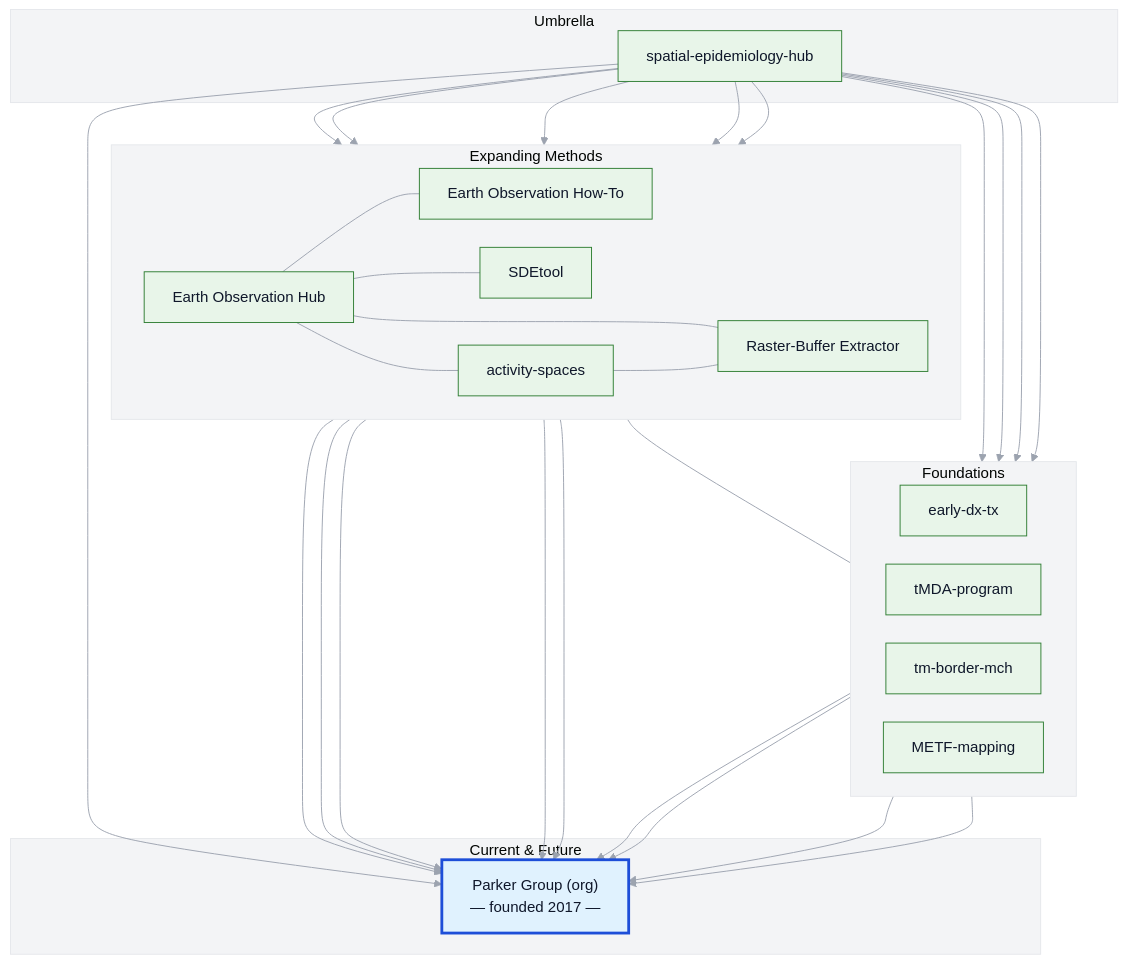
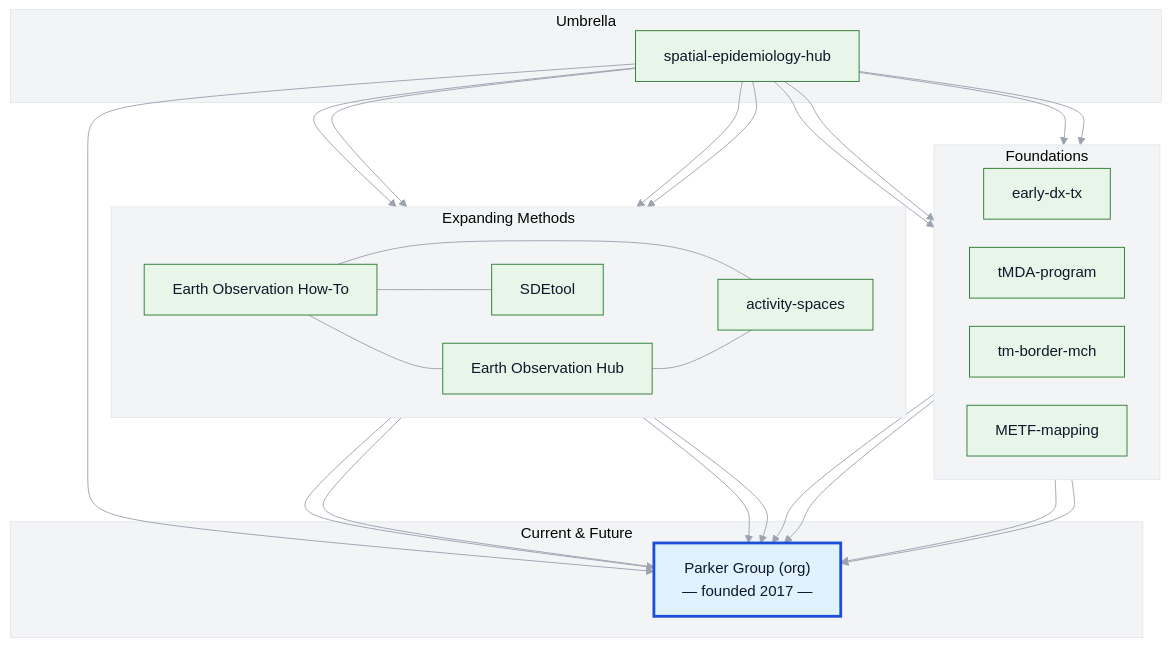
The diagram in README.md (DMParker1/spatial-epidemiology-hub), drawn with Mermaid before and after one commit. The commit also changed other lines of this file, not shown here.

````diff
--- a/README.md
+++ b/README.md
@@ -47,76 +46,70 @@
 ```mermaid
 %%{init: {"theme":"base","themeVariables": {
   "background":"#FAFAFA","clusterBkg":"#F3F4F6","clusterBorder":"#E5E7EB",
   "primaryColor":"#E8F5E9","primaryBorderColor":"#2E7D32",
   "primaryTextColor":"#0F172A","lineColor":"#9CA3AF"
 }, "flowchart":{"rankSpacing":45,"nodeSpacing":30}}}%%
 flowchart TB
   subgraph A[Foundations]
     direction LR
     EDT["early-dx-tx"]
     tMDA["tMDA-program"]
     MCH["tm-border-mch"]
     METF["METF-mapping"]
   end
   subgraph B[Expanding Methods]
     direction LR
+    HOWTO["Earth Observation How-To"]
     EO["Earth Observation Hub"]
-    HOWTO["Earth Observation How-To"]
     SDE["SDEtool"]
     AS["activity-spaces"]
-    RBE["Raster-Buffer Extractor"]
   end
   subgraph C[Umbrella]
     GIS["spatial-epidemiology-hub"]
   end
   subgraph D[Current & Future]
     PG["Parker Group (org)\n— founded 2017 —"]:::pg
   end
 
   %% Umbrella links
   GIS --> EDT
   GIS --> tMDA
   GIS --> MCH
   GIS --> METF
+  GIS --> HOWTO
   GIS --> EO
-  GIS --> HOWTO
   GIS --> SDE
   GIS --> AS
-  GIS --> RBE
   GIS --> PG
 
   %% Method interplay
-  EO --- HOWTO
-  EO --- SDE
+  HOWTO --- EO
+  HOWTO --- SDE
+  HOWTO --- AS
   EO --- AS
-  EO --- RBE
-  AS --- RBE
-  AS --- tMDA
 
   %% Convergence to Parker Group
+  HOWTO --> PG
   EO --> PG
-  HOWTO --> PG
   SDE --> PG
   AS --> PG
-  RBE --> PG
   METF --> PG
   tMDA --> PG
   EDT --> PG
   MCH --> PG
 
   %% Clickable links
   click GIS "https://github.com/DMParker1/spatial-epidemiology-hub" "spatial-epidemiology-hub"
   click EDT "https://github.com/DMParker1/early-dx-tx" "early-dx-tx repository"
   click tMDA "https://github.com/DMParker1/tmda-program" "tMDA-program repository"
   click MCH "https://github.com/DMParker1/tm-border-mch" "tm-border-mch repository"
   click METF "https://github.com/DMParker1/METF-mapping" "METF-mapping repository"
+  click HOWTO "https://github.com/parker-group/earth-observation-howto" "EO How-To Guides"
   click EO "https://github.com/DMParker1/earth-observation-hub" "Earth Observation Hub"
-  click HOWTO "https://github.com/parker-group/earth-observation-howto" "EO How-To Guides"
   click SDE "https://github.com/parker-group/SDEtool" "SDEtool package"
   click AS "https://github.com/DMParker1/activity-spaces" "activity-spaces repository"
-  click RBE "https://github.com/CatalinaMedina/aedes-serology/tree/main/helper-functions" "Raster-Buffer Extractor helper functions"
   click PG "https://github.com/parker-group" "Parker Group organization"
 
   %% Highlight Parker Group node
   classDef pg fill:#E0F2FE,stroke:#1D4ED8,stroke-width:3px;
 ```
````
